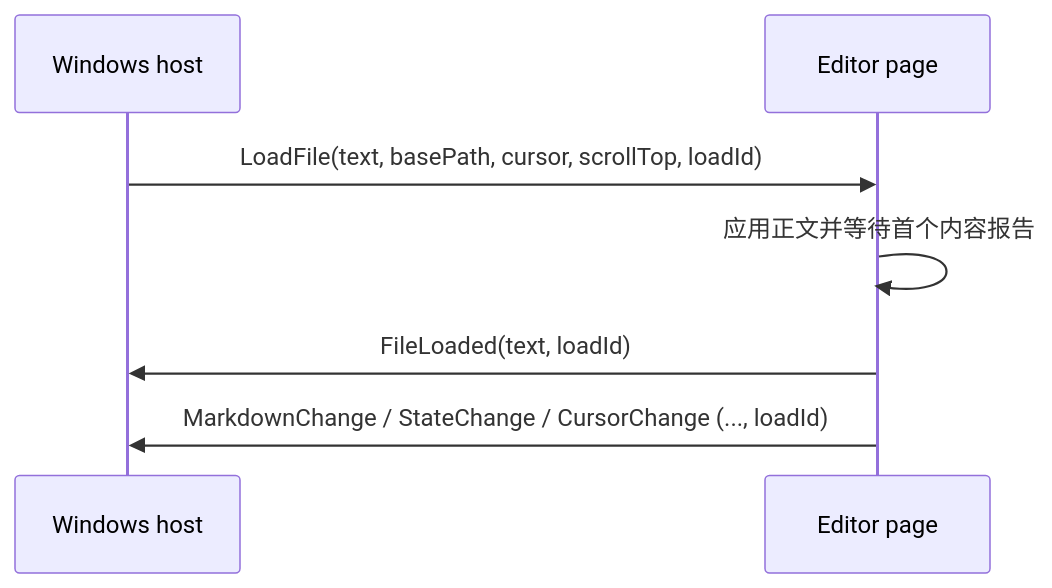
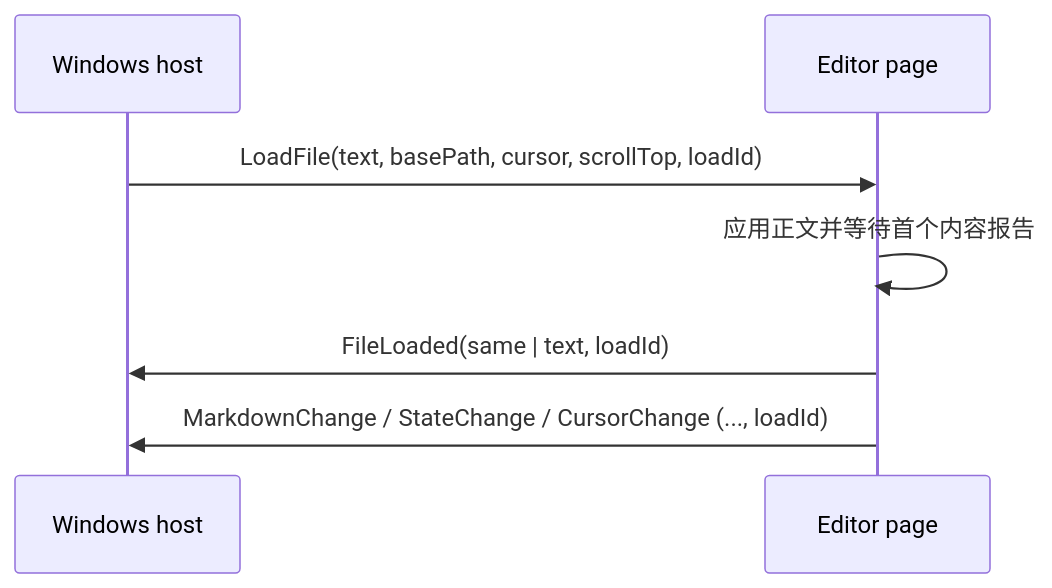
The diagram in docs/editor-protocol.md (flintt/Typedown), drawn with Mermaid before and after one commit. The commit also changed other lines of this file and 8 other files, not shown here.

````diff
--- a/docs/editor-protocol.md
+++ b/docs/editor-protocol.md
@@ -53,9 +53,9 @@
 ```mermaid
 sequenceDiagram
     participant H as Windows host
     participant E as Editor page
     H->>E: LoadFile(text, basePath, cursor, scrollTop, loadId)
     E->>E: 应用正文并等待首个内容报告
-    E->>H: FileLoaded(text, loadId)
+    E->>H: FileLoaded(same | text, loadId)
     E->>H: MarkdownChange / StateChange / CursorChange (..., loadId)
 ```
````
